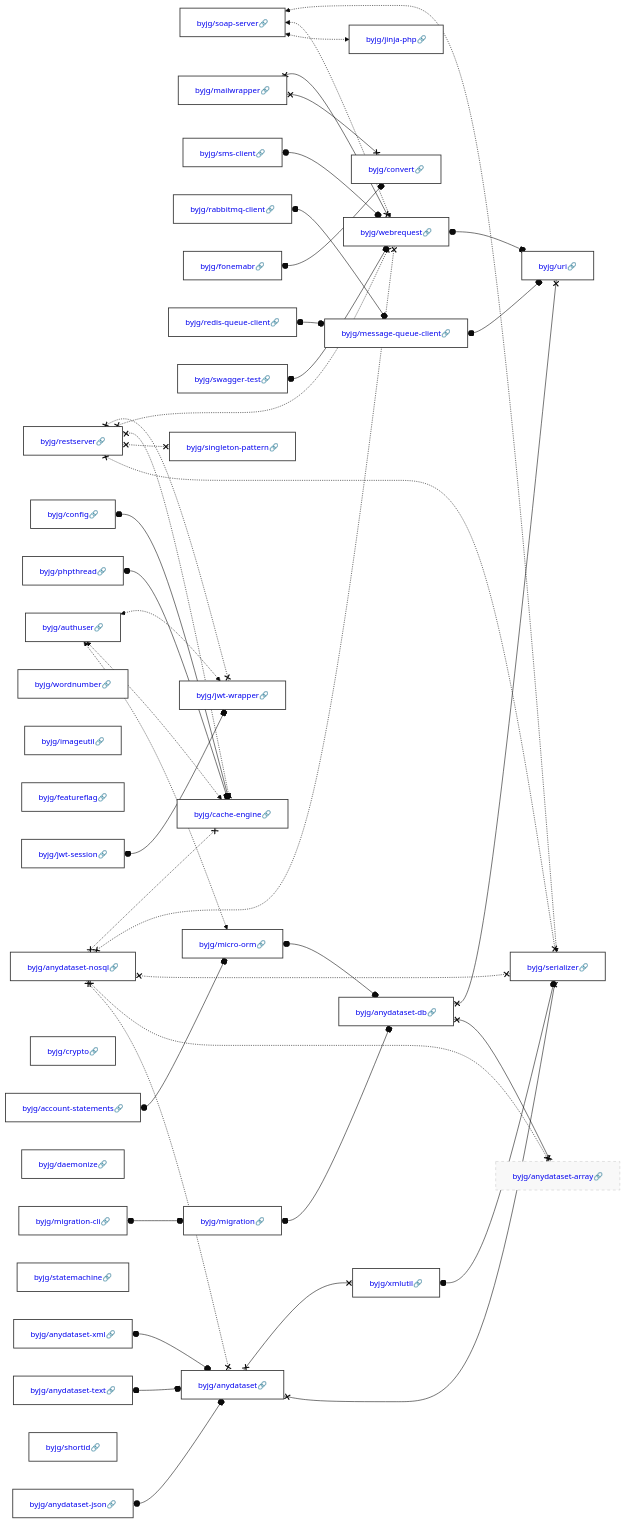
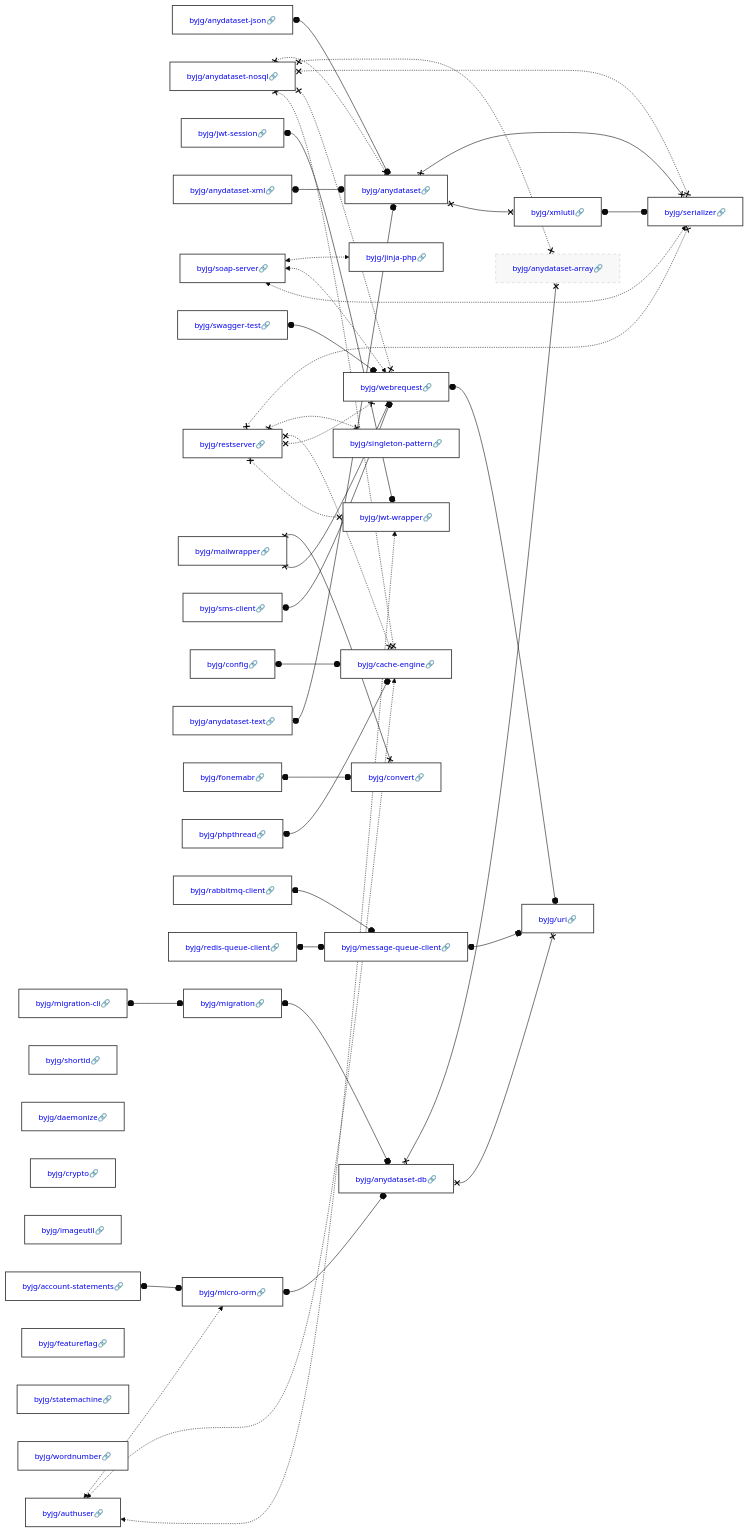
The diagram in docs/php/README.md (byjg/byjg.github.io), drawn with Mermaid (base theme) before and after one commit. The commit also changed other lines of this file, not shown here.

Commit message:
Update documentation 'php' 'php-webrequest'

````diff
--- a/docs/php/README.md
+++ b/docs/php/README.md
@@ -3,40 +3,40 @@
 ```mermaid
 graph LR;
-  byjg/soap-server[<a href='https://opensource.byjg.com/docs/php/soap-server' style='text-decoration:none'>byjg/soap-server🔗</a>];
-  byjg/restserver[<a href='https://opensource.byjg.com/docs/php/restserver' style='text-decoration:none'>byjg/restserver🔗</a>];
+  byjg/migration-cli[<a href='https://opensource.byjg.com/docs/php/migration-cli' style='text-decoration:none'>byjg/migration-cli🔗</a>];
+  byjg/shortid[<a href='https://opensource.byjg.com/docs/php/shortid' style='text-decoration:none'>byjg/shortid🔗</a>];
   byjg/anydataset-json[<a href='https://opensource.byjg.com/docs/php/anydataset-json' style='text-decoration:none'>byjg/anydataset-json🔗</a>];
-  byjg/anydataset-xml[<a href='https://opensource.byjg.com/docs/php/anydataset-xml' style='text-decoration:none'>byjg/anydataset-xml🔗</a>];
-  byjg/mailwrapper[<a href='https://opensource.byjg.com/docs/php/mailwrapper' style='text-decoration:none'>byjg/mailwrapper🔗</a>];
-  byjg/authuser[<a href='https://opensource.byjg.com/docs/php/authuser' style='text-decoration:none'>byjg/authuser🔗</a>];
-  byjg/wordnumber[<a href='https://opensource.byjg.com/docs/php/wordnumber' style='text-decoration:none'>byjg/wordnumber🔗</a>];
-  byjg/sms-client[<a href='https://opensource.byjg.com/docs/php/sms-client' style='text-decoration:none'>byjg/sms-client🔗</a>];
-  byjg/imageutil[<a href='https://opensource.byjg.com/docs/php/imageutil' style='text-decoration:none'>byjg/imageutil🔗</a>];
-  byjg/featureflag[<a href='https://opensource.byjg.com/docs/php/featureflag' style='text-decoration:none'>byjg/featureflag🔗</a>];
-  byjg/anydataset-text[<a href='https://opensource.byjg.com/docs/php/anydataset-text' style='text-decoration:none'>byjg/anydataset-text🔗</a>];
-  byjg/account-statements[<a href='https://opensource.byjg.com/docs/php/account-statements' style='text-decoration:none'>byjg/account-statements🔗</a>];
-  byjg/crypto[<a href='https://opensource.byjg.com/docs/php/crypto' style='text-decoration:none'>byjg/crypto🔗</a>];
-  byjg/phpthread[<a href='https://opensource.byjg.com/docs/php/phpthread' style='text-decoration:none'>byjg/phpthread🔗</a>];
-  byjg/rabbitmq-client[<a href='https://opensource.byjg.com/docs/php/rabbitmq-client' style='text-decoration:none'>byjg/rabbitmq-client🔗</a>];
-  byjg/fonemabr[<a href='https://opensource.byjg.com/docs/php/fonemabr' style='text-decoration:none'>byjg/fonemabr🔗</a>];
-  byjg/daemonize[<a href='https://opensource.byjg.com/docs/php/daemonize' style='text-decoration:none'>byjg/daemonize🔗</a>];
-  byjg/config[<a href='https://opensource.byjg.com/docs/php/config' style='text-decoration:none'>byjg/config🔗</a>];
-  byjg/statemachine[<a href='https://opensource.byjg.com/docs/php/statemachine' style='text-decoration:none'>byjg/statemachine🔗</a>];
   byjg/anydataset-nosql[<a href='https://opensource.byjg.com/docs/php/anydataset-nosql' style='text-decoration:none'>byjg/anydataset-nosql🔗</a>];
   byjg/jwt-session[<a href='https://opensource.byjg.com/docs/php/jwt-session' style='text-decoration:none'>byjg/jwt-session🔗</a>];
+  byjg/anydataset-xml[<a href='https://opensource.byjg.com/docs/php/anydataset-xml' style='text-decoration:none'>byjg/anydataset-xml🔗</a>];
+  byjg/soap-server[<a href='https://opensource.byjg.com/docs/php/soap-server' style='text-decoration:none'>byjg/soap-server🔗</a>];
+  byjg/daemonize[<a href='https://opensource.byjg.com/docs/php/daemonize' style='text-decoration:none'>byjg/daemonize🔗</a>];
+  byjg/swagger-test[<a href='https://opensource.byjg.com/docs/php/swagger-test' style='text-decoration:none'>byjg/swagger-test🔗</a>];
+  byjg/crypto[<a href='https://opensource.byjg.com/docs/php/crypto' style='text-decoration:none'>byjg/crypto🔗</a>];
+  byjg/imageutil[<a href='https://opensource.byjg.com/docs/php/imageutil' style='text-decoration:none'>byjg/imageutil🔗</a>];
+  byjg/restserver[<a href='https://opensource.byjg.com/docs/php/restserver' style='text-decoration:none'>byjg/restserver🔗</a>];
+  byjg/mailwrapper[<a href='https://opensource.byjg.com/docs/php/mailwrapper' style='text-decoration:none'>byjg/mailwrapper🔗</a>];
+  byjg/sms-client[<a href='https://opensource.byjg.com/docs/php/sms-client' style='text-decoration:none'>byjg/sms-client🔗</a>];
+  byjg/config[<a href='https://opensource.byjg.com/docs/php/config' style='text-decoration:none'>byjg/config🔗</a>];
+  byjg/account-statements[<a href='https://opensource.byjg.com/docs/php/account-statements' style='text-decoration:none'>byjg/account-statements🔗</a>];
+  byjg/anydataset-text[<a href='https://opensource.byjg.com/docs/php/anydataset-text' style='text-decoration:none'>byjg/anydataset-text🔗</a>];
+  byjg/fonemabr[<a href='https://opensource.byjg.com/docs/php/fonemabr' style='text-decoration:none'>byjg/fonemabr🔗</a>];
+  byjg/phpthread[<a href='https://opensource.byjg.com/docs/php/phpthread' style='text-decoration:none'>byjg/phpthread🔗</a>];
+  byjg/featureflag[<a href='https://opensource.byjg.com/docs/php/featureflag' style='text-decoration:none'>byjg/featureflag🔗</a>];
+  byjg/statemachine[<a href='https://opensource.byjg.com/docs/php/statemachine' style='text-decoration:none'>byjg/statemachine🔗</a>];
+  byjg/rabbitmq-client[<a href='https://opensource.byjg.com/docs/php/rabbitmq-client' style='text-decoration:none'>byjg/rabbitmq-client🔗</a>];
+  byjg/wordnumber[<a href='https://opensource.byjg.com/docs/php/wordnumber' style='text-decoration:none'>byjg/wordnumber🔗</a>];
+  byjg/authuser[<a href='https://opensource.byjg.com/docs/php/authuser' style='text-decoration:none'>byjg/authuser🔗</a>];
   byjg/redis-queue-client[<a href='https://opensource.byjg.com/docs/php/redis-queue-client' style='text-decoration:none'>byjg/redis-queue-client🔗</a>];
-  byjg/shortid[<a href='https://opensource.byjg.com/docs/php/shortid' style='text-decoration:none'>byjg/shortid🔗</a>];
-  byjg/swagger-test[<a href='https://opensource.byjg.com/docs/php/swagger-test' style='text-decoration:none'>byjg/swagger-test🔗</a>];
-  byjg/migration-cli[<a href='https://opensource.byjg.com/docs/php/migration-cli' style='text-decoration:none'>byjg/migration-cli🔗</a>];
+  byjg/migration[<a href='https://opensource.byjg.com/docs/php/migration' style='text-decoration:none'>byjg/migration🔗</a>];
   byjg/jinja-php[<a href='https://opensource.byjg.com/docs/php/jinja-php' style='text-decoration:none'>byjg/jinja-php🔗</a>];
   byjg/singleton-pattern[<a href='https://opensource.byjg.com/docs/php/singleton-pattern' style='text-decoration:none'>byjg/singleton-pattern🔗</a>];
+  byjg/webrequest[<a href='https://opensource.byjg.com/docs/php/webrequest' style='text-decoration:none'>byjg/webrequest🔗</a>];
+  byjg/anydataset[<a href='https://opensource.byjg.com/docs/php/anydataset' style='text-decoration:none'>byjg/anydataset🔗</a>];
+  byjg/convert[<a href='https://opensource.byjg.com/docs/php/convert' style='text-decoration:none'>byjg/convert🔗</a>];
   byjg/micro-orm[<a href='https://opensource.byjg.com/docs/php/micro-orm' style='text-decoration:none'>byjg/micro-orm🔗</a>];
-  byjg/convert[<a href='https://opensource.byjg.com/docs/php/convert' style='text-decoration:none'>byjg/convert🔗</a>];
-  byjg/anydataset[<a href='https://opensource.byjg.com/docs/php/anydataset' style='text-decoration:none'>byjg/anydataset🔗</a>];
   byjg/cache-engine[<a href='https://opensource.byjg.com/docs/php/cache-engine' style='text-decoration:none'>byjg/cache-engine🔗</a>];
   byjg/jwt-wrapper[<a href='https://opensource.byjg.com/docs/php/jwt-wrapper' style='text-decoration:none'>byjg/jwt-wrapper🔗</a>];
   byjg/message-queue-client[<a href='https://opensource.byjg.com/docs/php/message-queue-client' style='text-decoration:none'>byjg/message-queue-client🔗</a>];
-  byjg/webrequest[<a href='https://opensource.byjg.com/docs/php/webrequest' style='text-decoration:none'>byjg/webrequest🔗</a>];
-  byjg/migration[<a href='https://opensource.byjg.com/docs/php/migration' style='text-decoration:none'>byjg/migration🔗</a>];
   byjg/xmlutil[<a href='https://opensource.byjg.com/docs/php/xmlutil' style='text-decoration:none'>byjg/xmlutil🔗</a>];
   byjg/anydataset-db[<a href='https://opensource.byjg.com/docs/php/anydataset-db' style='text-decoration:none'>byjg/anydataset-db🔗</a>];
   byjg/serializer[<a href='https://opensource.byjg.com/docs/php/serializer' style='text-decoration:none'>byjg/serializer🔗</a>];
````
